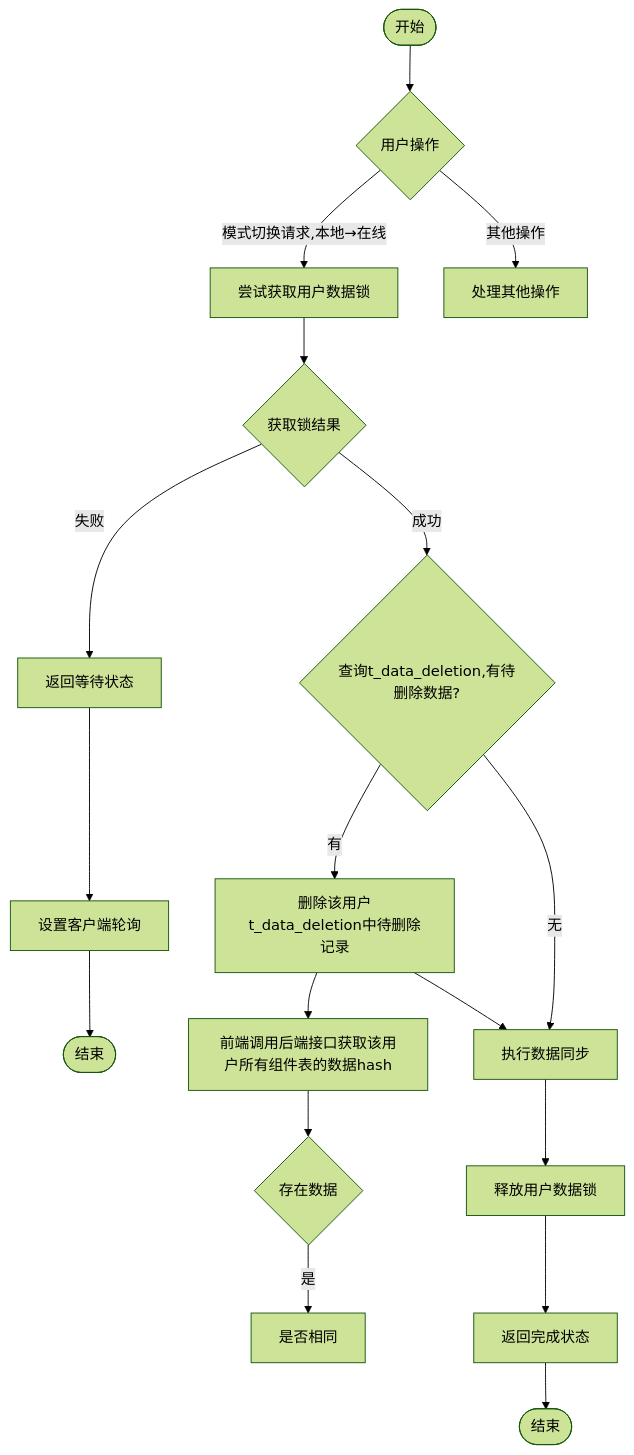
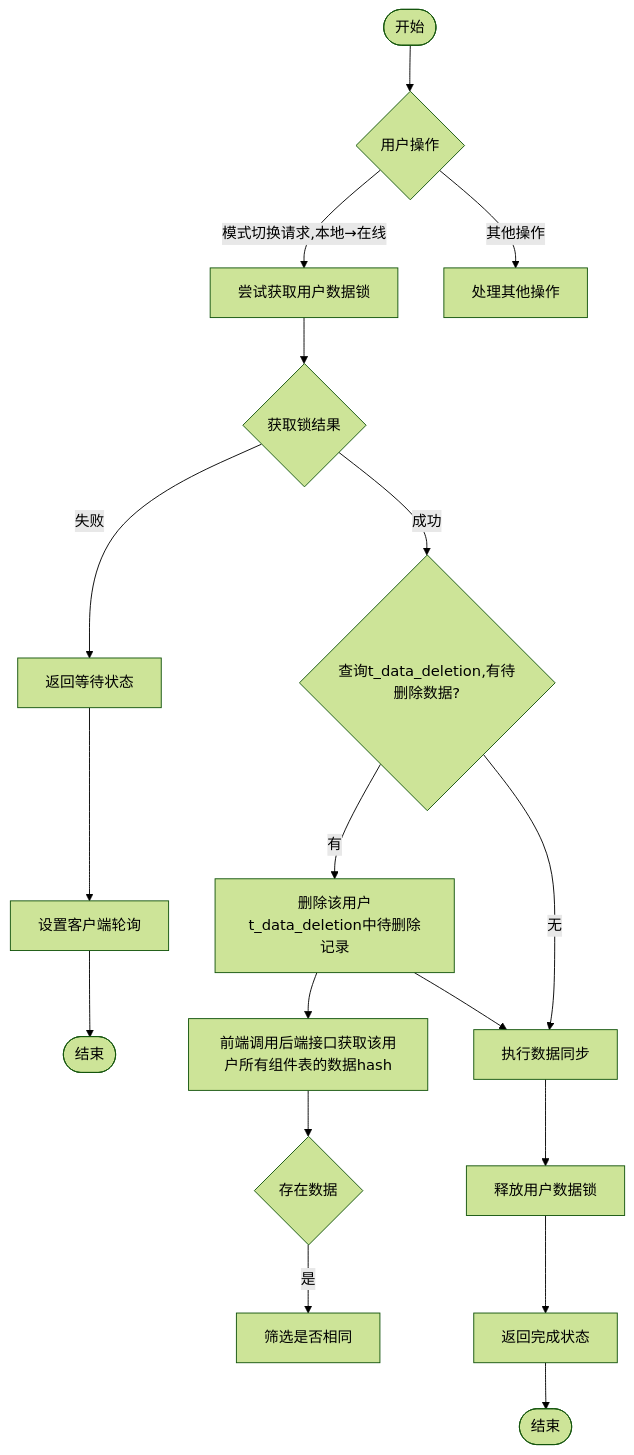
The diagram in all/未命名-57.md (yingjianzh/iodraw-files), drawn with Mermaid (forest theme) before and after one commit.

Commit message:
2025-05-12 11:33:08 update

````diff
--- a/all/未命名-57.md
+++ b/all/未命名-57.md
@@ -1,32 +1,32 @@
 ```mermaid
 
 flowchart TD
     %% 主要分支
     Start([开始]) --> UserAction{用户操作}
     UserAction -->|模式切换请求,本地→在线| TryLock[尝试获取用户数据锁]
     UserAction -->|其他操作| OtherOps[处理其他操作]
 
     %% 模式切换流程
     TryLock --> LockResult{获取锁结果}
     
     LockResult -->|失败| ReturnWaiting[返回等待状态]
     ReturnWaiting --> SetupPolling[设置客户端轮询]
     SetupPolling --> End1([结束])
     
     LockResult -->|成功| CheckPendingDeletion{查询t_data_deletion,有待删除数据?}
     
     CheckPendingDeletion -->|有| RemoveDeletionRecords[删除该用户t_data_deletion中待删除记录]
     RemoveDeletionRecords --> FrontGetComponentTableHash[前端调用后端接口获取该用户所有组件表的数据hash]
     FrontGetComponentTableHash --> ExistData{存在数据}
 
-    ExistData --> |是| CheckIsSame[是否相同]
+    ExistData --> |是| CheckIsSame[筛选是否相同]
 
     RemoveDeletionRecords --> PerformSync[执行数据同步]
     
     CheckPendingDeletion -->|无| PerformSync
     
     PerformSync --> ReleaseSwitchLock[释放用户数据锁]
     ReleaseSwitchLock --> ReturnComplete[返回完成状态]
     ReturnComplete --> End2([结束])
 
 ```
````
